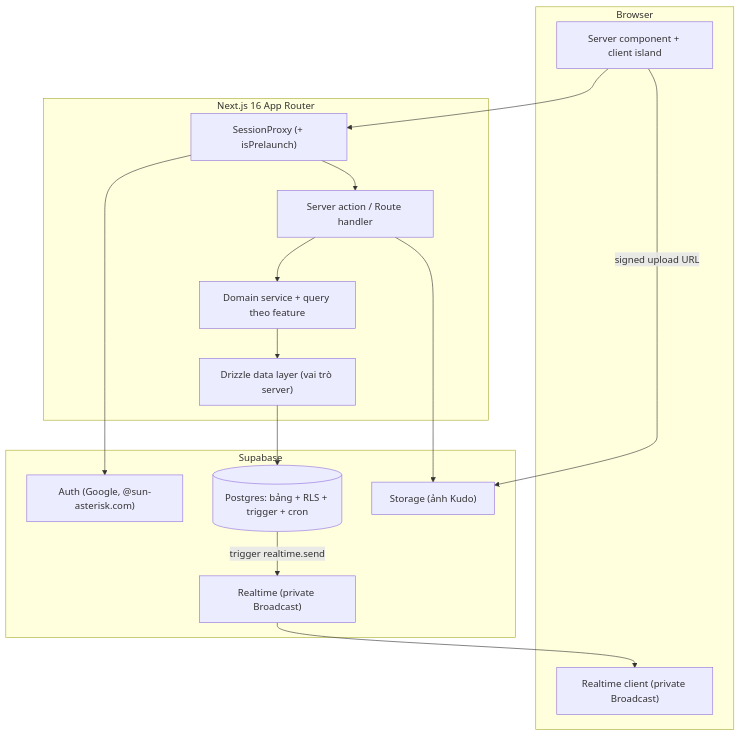
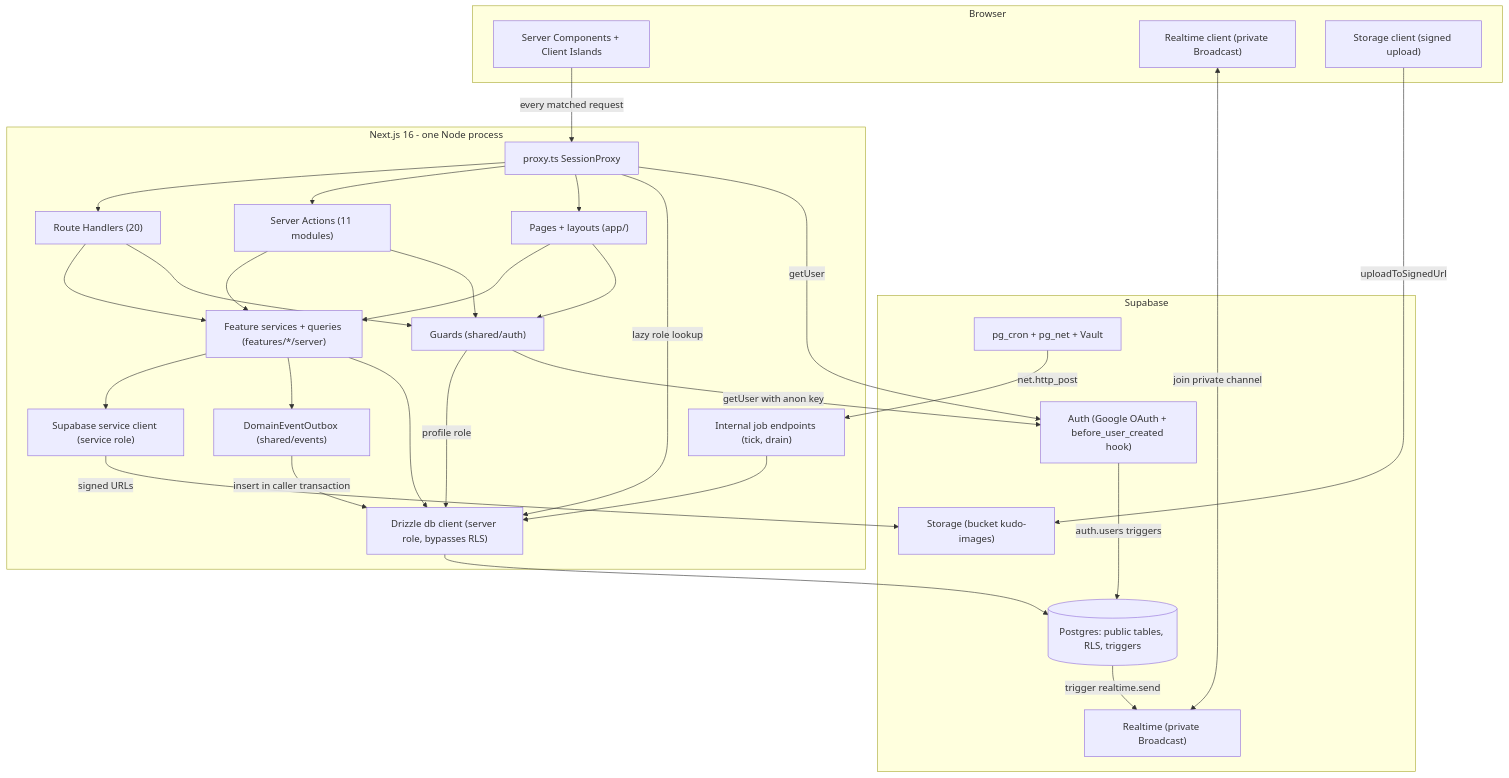
Before and after one commit to hailv-3571/agentic-coding-hands-on: the first of 3 diagrams in docs/system/architecture.md, drawn with Mermaid. The commit also changed other lines of this file and 152 other files, not shown here.

````diff
--- a/docs/system/architecture.md
+++ b/docs/system/architecture.md
@@ -17,24 +7,53 @@
 ```mermaid
 graph TB
-    subgraph "Browser"
-        UI["Server component + client island"]
-        RT["Realtime client (private Broadcast)"]
+    subgraph Browser
+        UI["Server Components + Client Islands"]
+        RTC["Realtime client (private Broadcast)"]
+        STC["Storage client (signed upload)"]
     end
-    subgraph "Next.js 16 App Router"
-        PX["SessionProxy (+ isPrelaunch)"]
-        EP["Server action / Route handler"]
-        SV["Domain service + query theo feature"]
-        DL["Drizzle data layer (vai trò server)"]
+    subgraph NextApp["Next.js 16 - one Node process"]
+        PX["proxy.ts SessionProxy"]
+        PAGES["Pages + layouts (app/)"]
+        ACT["Server Actions (11 modules)"]
+        API["Route Handlers (20)"]
+        GUARD["Guards (shared/auth)"]
+        SVC["Feature services + queries (features/*/server)"]
+        OUTBOX["DomainEventOutbox (shared/events)"]
+        JOBS["Internal job endpoints (tick, drain)"]
+        DBC["Drizzle db client (server role, bypasses RLS)"]
+        SRK["Supabase service client (service role)"]
     end
-    subgraph "Supabase"
-        AU["Auth (Google, @sun-asterisk.com)"]
-        PG[("Postgres: bảng + RLS + trigger + cron")]
-        RL["Realtime (private Broadcast)"]
-        ST["Storage (ảnh Kudo)"]
+    subgraph Supabase
+        AUTH["Auth (Google OAuth + before_user_created hook)"]
+        PGDB[("Postgres: public tables, RLS, triggers")]
+        CRON["pg_cron + pg_net + Vault"]
+        RT["Realtime (private Broadcast)"]
+        STO["Storage (bucket kudo-images)"]
     end
-    UI --> PX --> EP --> SV --> DL --> PG
-    UI -->|signed upload URL| ST
-    PX --> AU
-    PG -->|trigger realtime.send| RL --> RT
-    EP --> ST
+    UI -->|every matched request| PX
+    PX -->|getUser| AUTH
+    PX -->|lazy role lookup| DBC
+    PX --> PAGES
+    PX --> ACT
+    PX --> API
+    PAGES --> GUARD
+    ACT --> GUARD
+    API --> GUARD
+    GUARD -->|getUser with anon key| AUTH
+    GUARD -->|profile role| DBC
+    PAGES --> SVC
+    ACT --> SVC
+    API --> SVC
+    SVC --> DBC
+    SVC --> OUTBOX
+    OUTBOX -->|insert in caller transaction| DBC
+    DBC --> PGDB
+    SVC --> SRK
+    SRK -->|signed URLs| STO
+    STC -->|uploadToSignedUrl| STO
+    RTC <-->|join private channel| RT
+    PGDB -->|trigger realtime.send| RT
+    AUTH -->|auth.users triggers| PGDB
+    CRON -->|net.http_post| JOBS
+    JOBS --> DBC
 ```
````
